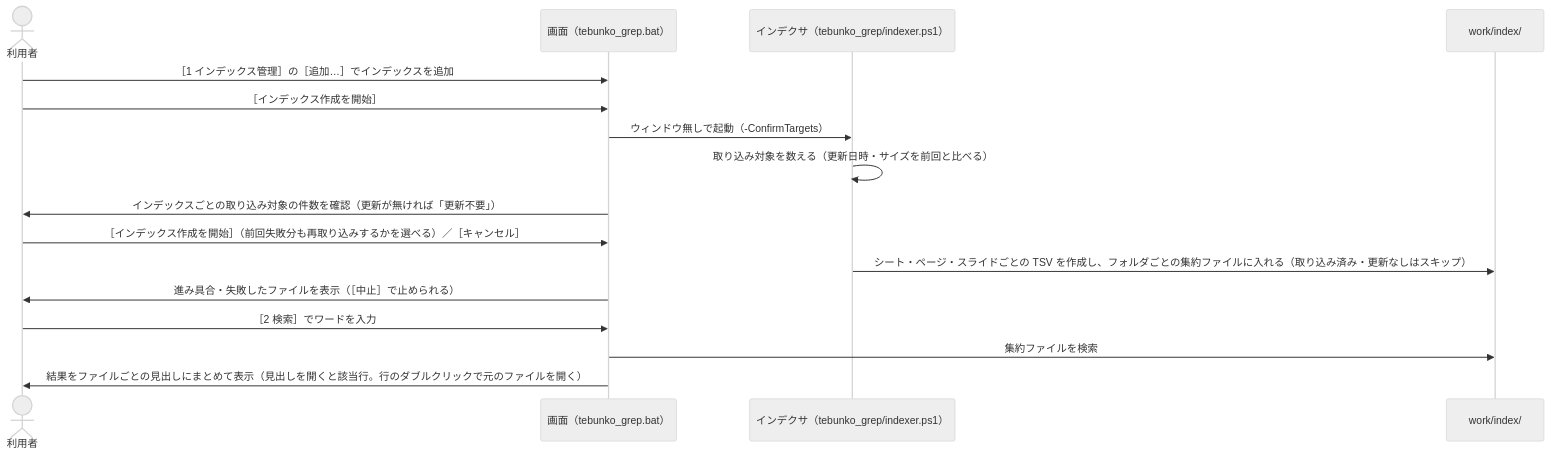
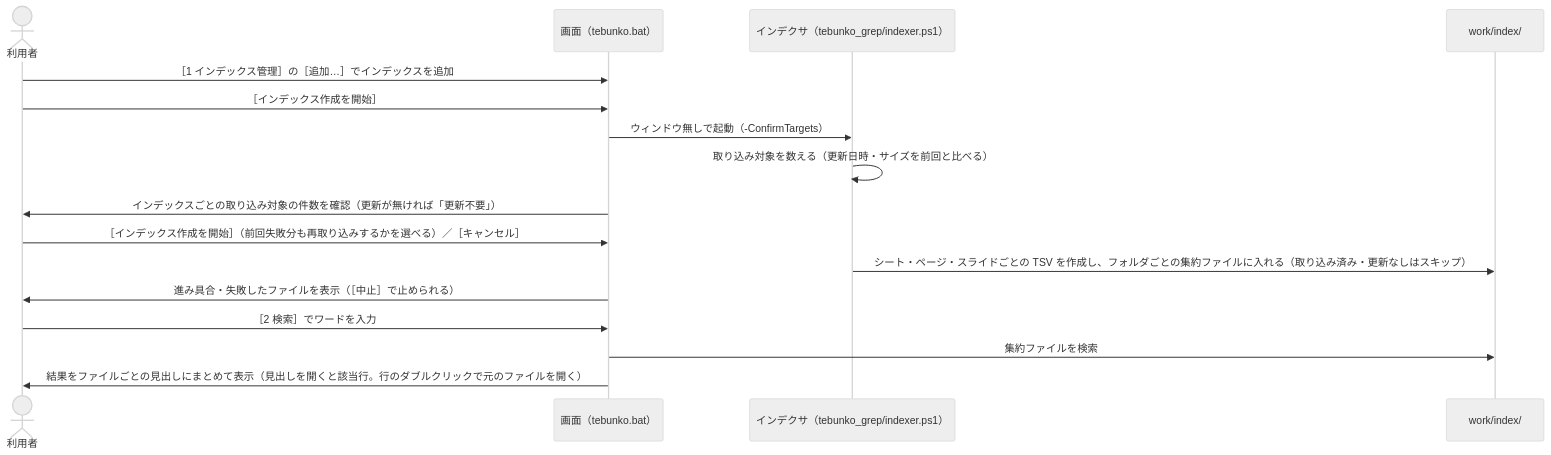
The second of 2 diagrams in docs/00_index.md (hsgwa/tebunko), drawn with Mermaid (neutral theme) before and after one commit. The commit also changed other lines of this file and 17 other files, not shown here.

First line of the commit message:
feat!: 起動用バッチの名前を tebunko.bat にする (#96)

````diff
--- a/docs/00_index.md
+++ b/docs/00_index.md
@@ -159,19 +159,19 @@
 ```mermaid
 sequenceDiagram
     actor U as 利用者
-    participant G as 画面（tebunko_grep.bat）
+    participant G as 画面（tebunko.bat）
     participant CV as インデクサ（tebunko_grep/indexer.ps1）
     participant W as work/index/
 
     U->>G: ［1 インデックス管理］の［追加…］でインデックスを追加
     U->>G: ［インデックス作成を開始］
     G->>CV: ウィンドウ無しで起動（-ConfirmTargets）
     CV->>CV: 取り込み対象を数える（更新日時・サイズを前回と比べる）
     G->>U: インデックスごとの取り込み対象の件数を確認（更新が無ければ「更新不要」）
     U->>G: ［インデックス作成を開始］（前回失敗分も再取り込みするかを選べる）／［キャンセル］
     CV->>W: シート・ページ・スライドごとの TSV を作成し、フォルダごとの集約ファイルに入れる（取り込み済み・更新なしはスキップ）
     G->>U: 進み具合・失敗したファイルを表示（［中止］で止められる）
     U->>G: ［2 検索］でワードを入力
     G->>W: 集約ファイルを検索
     G->>U: 結果をファイルごとの見出しにまとめて表示（見出しを開くと該当行。行のダブルクリックで元のファイルを開く）
 ```
````
